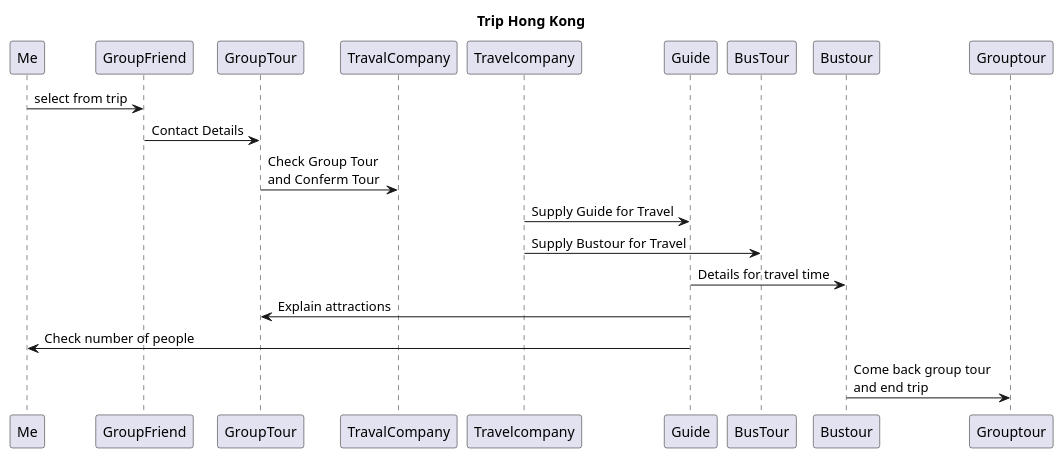
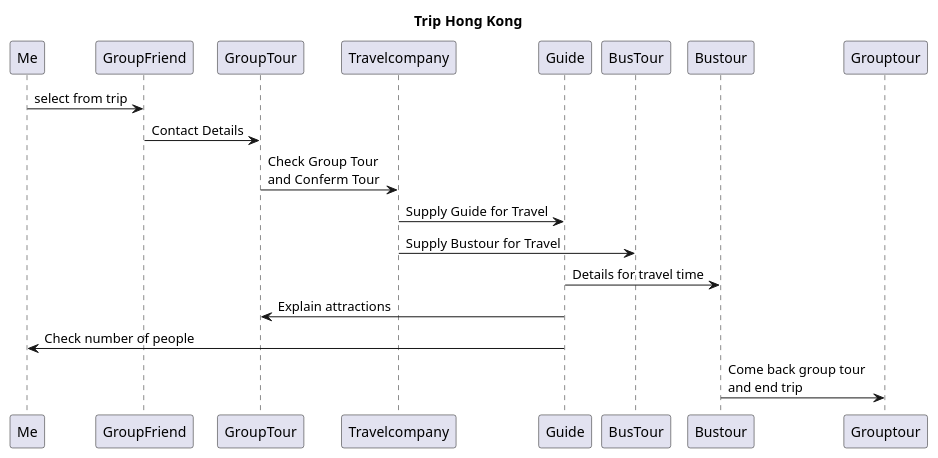
One commit to est160/OOAD-WEEK10 changed the fifth of 5 diagrams in README.md. Above: the diagram before and after it, drawn with PlantUML. The commit also changed other lines of this file, not shown here.

```diff
--- a/README.md
+++ b/README.md
@@ -147,24 +147,24 @@
 @startuml
 
 title "Trip Hong Kong"
 
 
 Me->GroupFriend : select from trip
 
 GroupFriend->GroupTour : Contact Details
 
-GroupTour->TravalCompany : Check Group Tour \nand Conferm Tour
+GroupTour->Travelcompany : Check Group Tour \nand Conferm Tour
 
 Travelcompany->Guide : Supply Guide for Travel
 
 Travelcompany->BusTour : Supply Bustour for Travel
 
 Guide->Bustour : Details for travel time
 
 Guide->GroupTour : Explain attractions
 
 Guide->Me : Check number of people
 
 Grouptour<-Bustour : Come back group tour \nand end trip
 
 @enduml
```
